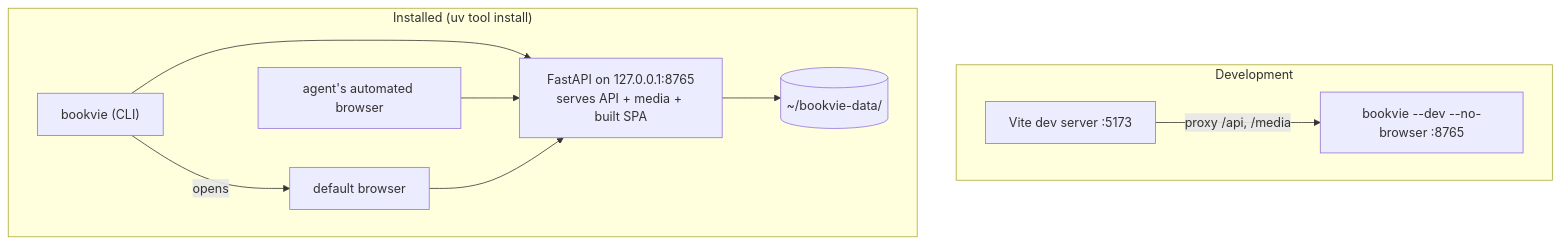
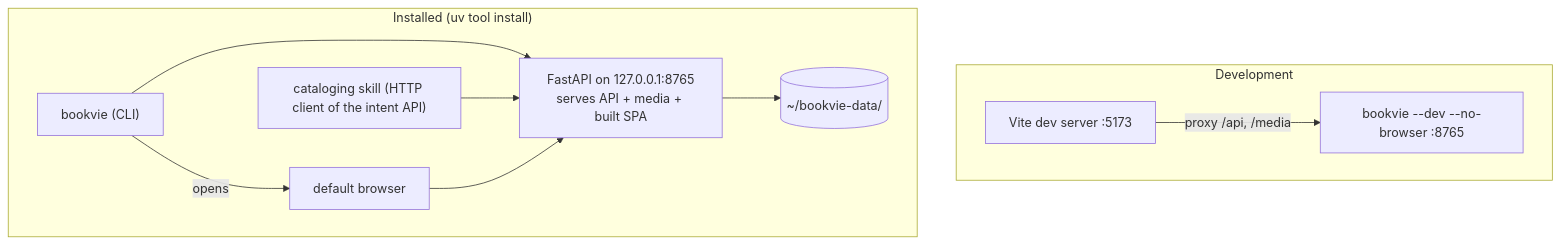
Before and after one commit to olegood/bookvie: the second of 3 diagrams in _bmad-output/planning-artifacts/architecture/architecture-bookvie-2026-10-29/ARCHITECTURE-SPINE.md, drawn with Mermaid. The commit also changed other lines of this file and 4 other files, not shown here.

Commit message:
docs: reconcile the architecture spine with epic 6 (epic 6 retro item 52)

````diff
--- a/_bmad-output/planning-artifacts/architecture/architecture-bookvie-2026-10-29/ARCHITECTURE-SPINE.md
+++ b/_bmad-output/planning-artifacts/architecture/architecture-bookvie-2026-10-29/ARCHITECTURE-SPINE.md
@@ -314,13 +321,13 @@
 ```mermaid
 flowchart TB
   subgraph dev["Development"]
     V[Vite dev server :5173] -- "proxy /api, /media" --> U["bookvie --dev --no-browser :8765"]
   end
   subgraph prod["Installed (uv tool install)"]
     C["bookvie (CLI)"] --> S["FastAPI on 127.0.0.1:8765<br/>serves API + media + built SPA"]
     C -- opens --> B[default browser]
-    AG[agent's automated browser] --> S
+    AG["cataloging skill (HTTP client of the intent API)"] --> S
     B --> S
     S --> D[("~/bookvie-data/")]
   end
 ```
````
